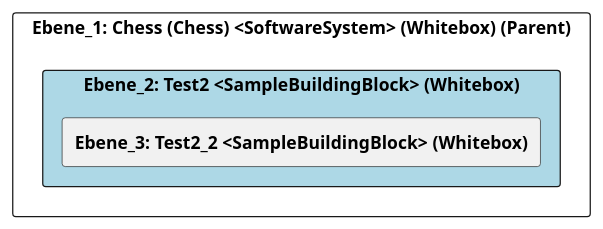
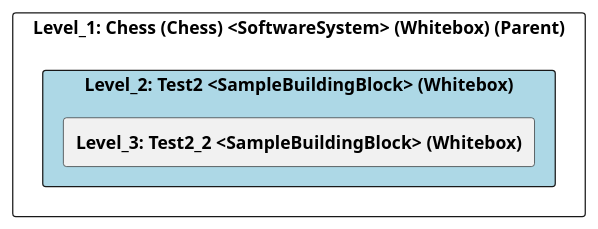
The diagram in src/cleon.architecturemethods.arc42.sample/doc/cleon_architecturemethods_arc42_sample_arc42/adoc/de/05_bausteinsicht/chess/test2/ebene_2_test2.adoc (marcozwyssig/cleon), drawn with PlantUML before and after one commit. The commit also changed other lines of this file and 83 other files, not shown here.

```diff
--- a/src/cleon.architecturemethods.arc42.sample/doc/cleon_architecturemethods_arc42_sample_arc42/adoc/de/05_bausteinsicht/chess/test2/ebene_2_test2.adoc
+++ b/src/cleon.architecturemethods.arc42.sample/doc/cleon_architecturemethods_arc42_sample_arc42/adoc/de/05_bausteinsicht/chess/test2/ebene_2_test2.adoc
@@ -21,24 +21,24 @@
-[plantuml, Ebene_2: Test2 <SampleBuildingBlock> (Whitebox)BlockOverview, format="svg"]
+[plantuml, Level_2: Test2 <SampleBuildingBlock> (Whitebox)BlockOverview, format="svg"]
 ----
-@startuml Ebene_2: Test2 <SampleBuildingBlock> (Whitebox)BuildingBlockOverview
+@startuml Level_2: Test2 <SampleBuildingBlock> (Whitebox)BuildingBlockOverview
 
 skinparam ranksep 10
 skinparam componentStyle rectangle
 skinparam shadowing false
 skinparam arrowColor lightblue
 skinparam arrowThickness 1.2
 skinparam rectangle {
   BackgroundColor White
   BorderColor #333
   RoundCorner 10
 }
 top to bottom direction
 
-component "Ebene_1: Chess (Chess) <SoftwareSystem> (Whitebox) (Parent)" {
-    component "Ebene_2: Test2 <SampleBuildingBlock> (Whitebox)" #lightblue {
-        [**Ebene_3: Test2_2 <SampleBuildingBlock> (Whitebox)**] as 489CD283_D579_11EE_903E_9F564E4DE07E
+component "Level_1: Chess (Chess) <SoftwareSystem> (Whitebox) (Parent)" {
+    component "Level_2: Test2 <SampleBuildingBlock> (Whitebox)" #lightblue {
+        [**Level_3: Test2_2 <SampleBuildingBlock> (Whitebox)**] as 489CD283_D579_11EE_903E_9F564E4DE07E
     }
 }
 
 @enduml
 ----
```
